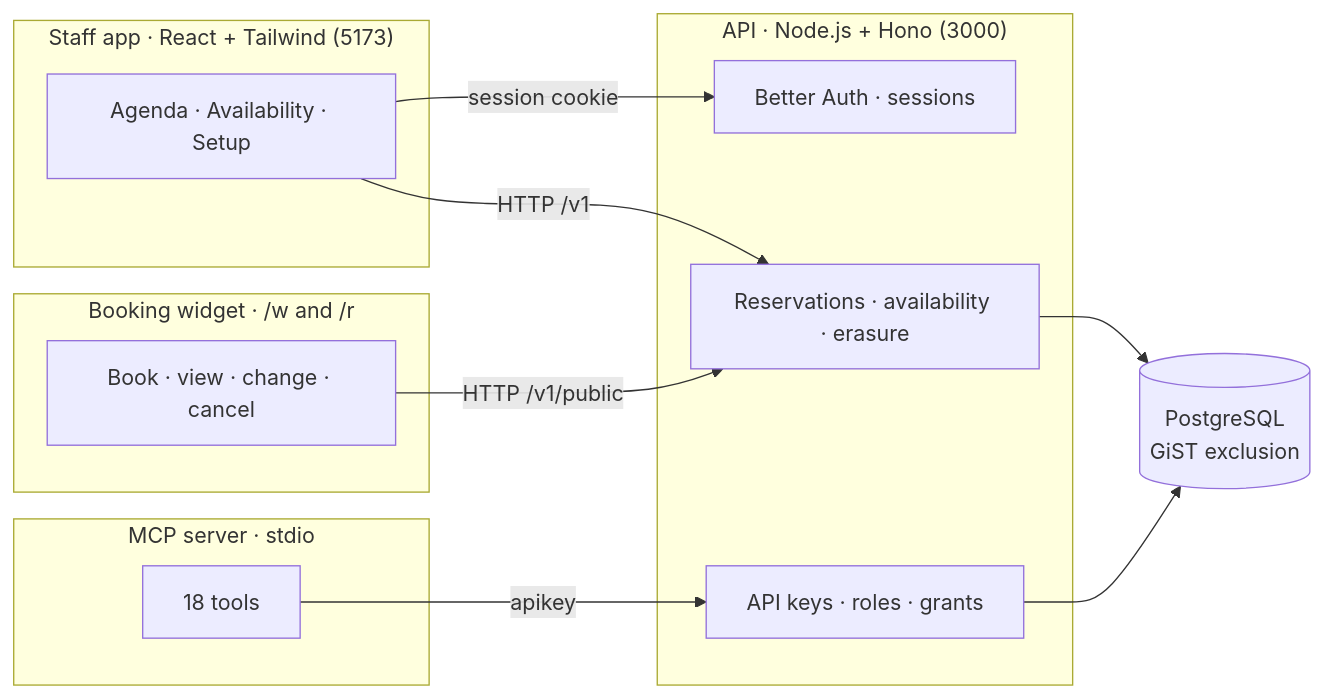
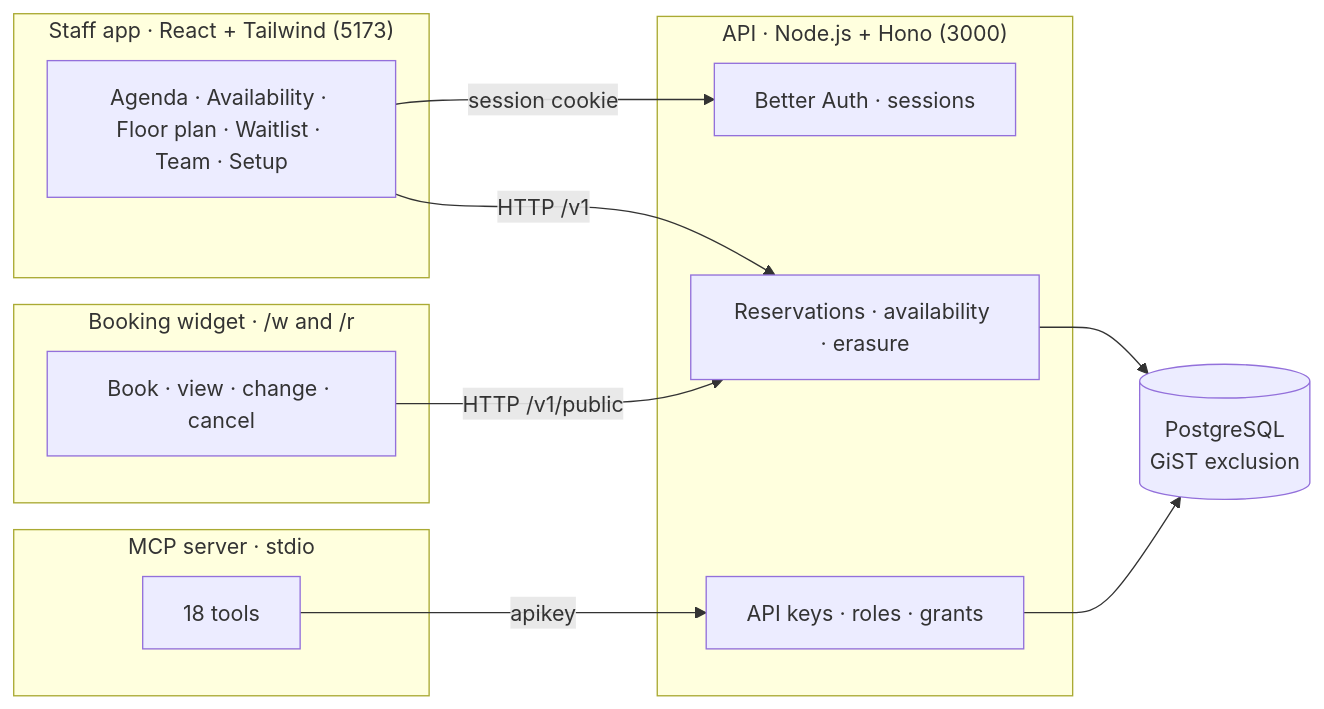
One commit to David-Cabeza/OpenCovers changed the diagram in README.md. Above: the diagram before and after it, drawn with Mermaid. The commit also changed other lines of this file, not shown here.

````diff
--- a/README.md
+++ b/README.md
@@ -95,25 +95,25 @@
 ```mermaid
 flowchart LR
     subgraph web["Staff app · React + Tailwind (5173)"]
-        UI[Agenda · Availability · Setup]
+        UI[Agenda · Availability · Floor plan · Waitlist · Team · Setup]
     end
     subgraph api["API · Node.js + Hono (3000)"]
         AUTH[Better Auth · sessions]
         KEYS[API keys · roles · grants]
         DOMAIN[Reservations · availability · erasure]
     end
     subgraph mcp["MCP server · stdio"]
         TOOLS[18 tools]
     end
     subgraph widget["Booking widget · /w and /r"]
         GUEST[Book · view · change · cancel]
     end
     DB[(PostgreSQL<br/>GiST exclusion)]
 
     UI -- "session cookie" --> AUTH
     UI -- "HTTP /v1" --> DOMAIN
     TOOLS -- "apikey" --> KEYS
     GUEST -- "HTTP /v1/public" --> DOMAIN
     DOMAIN --> DB
     KEYS --> DB
 ```
````
